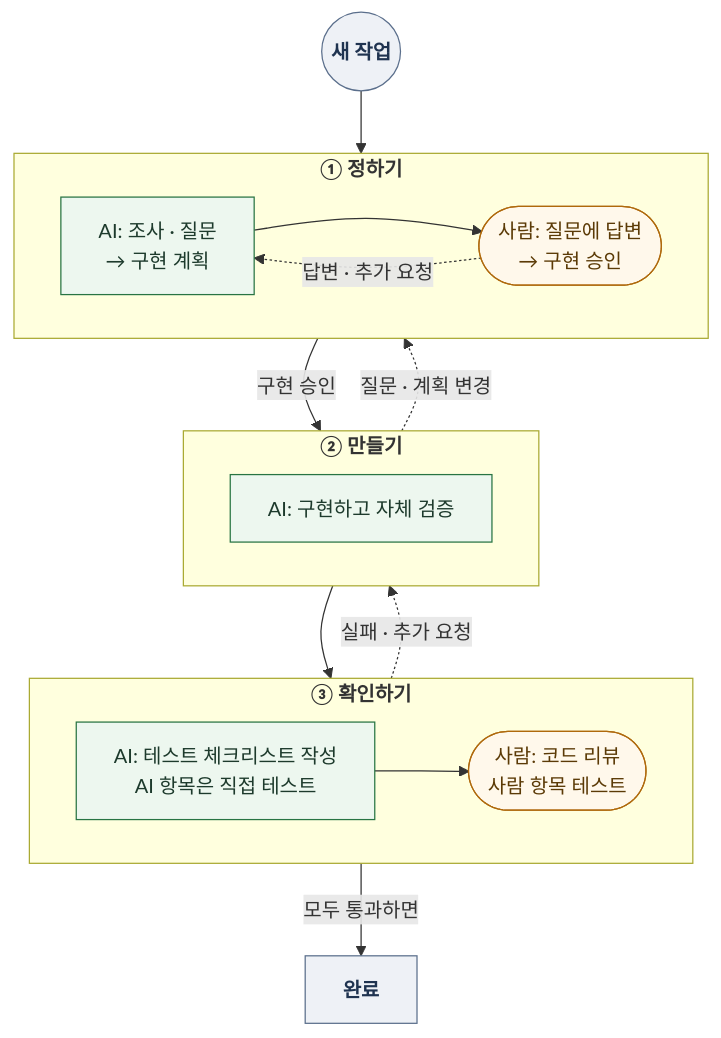
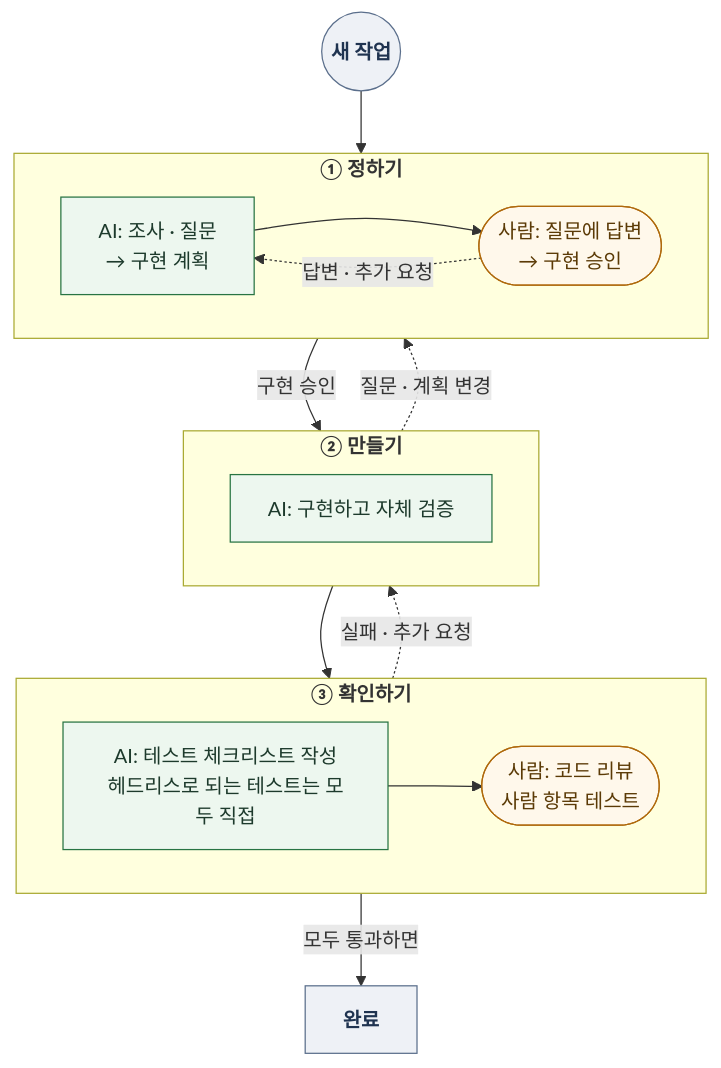
Before and after one commit to Woogl/ProjectWx: the diagram in .agents/workflow/process/index.md, drawn with Mermaid. The commit also changed other lines of this file and 3 other files, not shown here.

Commit message:
헤드리스로 판정할 수 있는 테스트는 AI가 끝까지 하도록 워크플로우를 변경

````diff
--- a/.agents/workflow/process/index.md
+++ b/.agents/workflow/process/index.md
@@ -5,39 +5,39 @@
 ```mermaid
 flowchart TD
   S(("`**새 작업**`"))
   A1["`AI: 조사 · 질문
   → 구현 계획`"]
   H1(["`사람: 질문에 답변
   → 구현 승인`"])
   A2["`AI: 구현하고 자체 검증`"]
   A3["`AI: 테스트 체크리스트 작성
-  AI 항목은 직접 테스트`"]
+  헤드리스로 되는 테스트는 모두 직접`"]
   H3(["`사람: 코드 리뷰
   사람 항목 테스트`"])
   D["`**완료**`"]
   %% 상자는 아래 단계부터 선언해야 위에서부터 차례로 놓인다
   subgraph P3["`**③ 확인하기**`"]
     direction LR
     A3 --> H3
   end
   subgraph P2["`**② 만들기**`"]
     A2
   end
   subgraph P1["`**① 정하기**`"]
     direction LR
     A1 --> H1
     H1 -.->|"답변 · 추가 요청"| A1
   end
   S --> P1
   P1 -->|"구현 승인"| P2
   P2 --> P3
   P2 -.->|"질문 · 계획 변경"| P1
   P3 -.->|"실패 · 추가 요청"| P2
   P3 -->|"모두 통과하면"| D
   classDef ai fill:#edf7ef,stroke:#287443,color:#1d3a2c
   classDef human fill:#fff8eb,stroke:#af690c,color:#5b3a06
   classDef terminal fill:#eef1f6,stroke:#5b6f8c,color:#1f3350
   class A1,A2,A3 ai
   class H1,H3 human
   class S,D terminal
 ```
````
